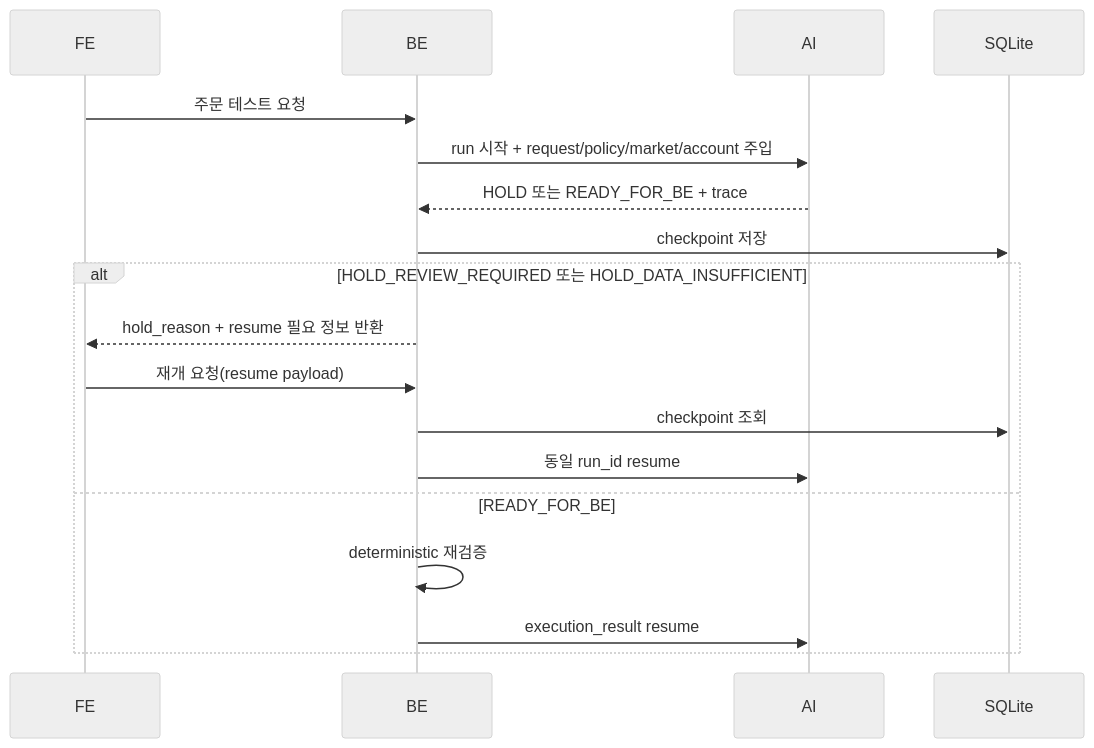
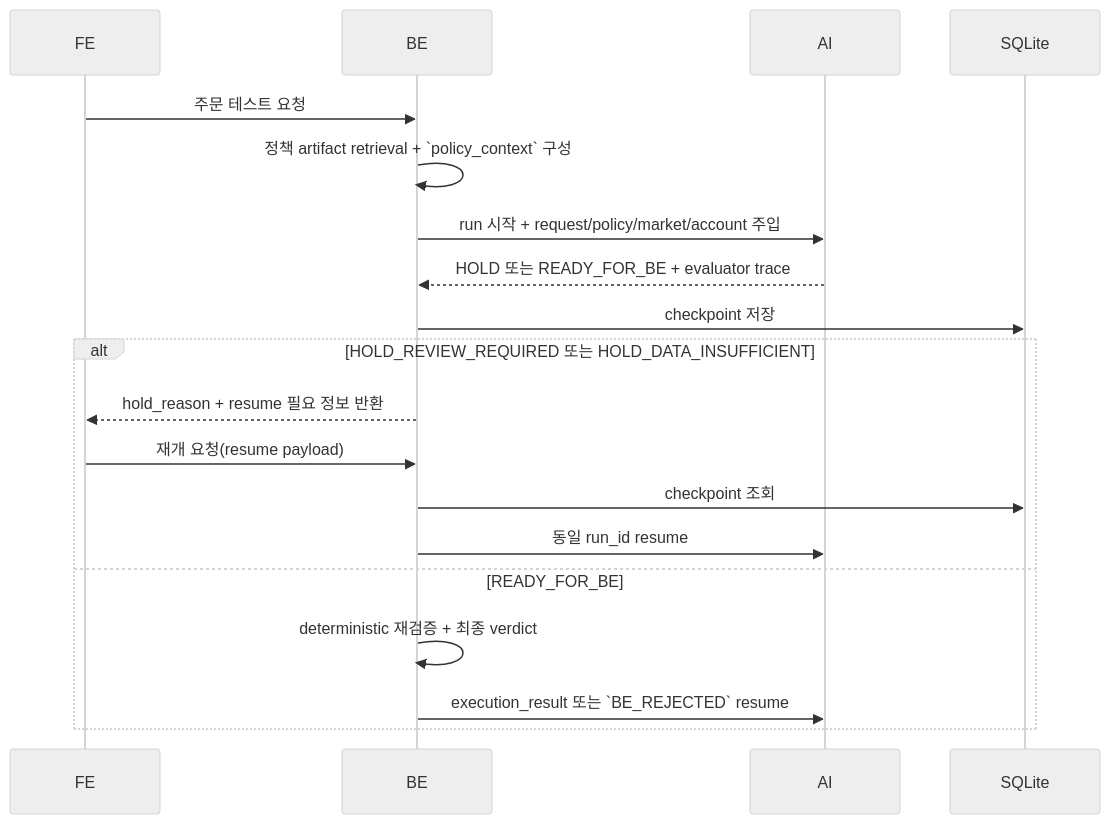
Before and after one commit to UpstageAI/sw-maestro-project: the fifth of 5 diagrams in ARCHITECTURE.md, drawn with Mermaid (neutral theme). The commit also changed other lines of this file and 8 other files, not shown here.

````diff
--- a/ARCHITECTURE.md
+++ b/ARCHITECTURE.md
@@ -136,21 +150,22 @@
 ```mermaid
 sequenceDiagram
     participant F as FE
     participant B as BE
     participant A as AI
     participant D as SQLite
 
     F->>B: 주문 테스트 요청
+    B->>B: 정책 artifact retrieval + `policy_context` 구성
     B->>A: run 시작 + request/policy/market/account 주입
-    A-->>B: HOLD 또는 READY_FOR_BE + trace
+    A-->>B: HOLD 또는 READY_FOR_BE + evaluator trace
     B->>D: checkpoint 저장
     alt HOLD_REVIEW_REQUIRED 또는 HOLD_DATA_INSUFFICIENT
         B-->>F: hold_reason + resume 필요 정보 반환
         F->>B: 재개 요청(resume payload)
         B->>D: checkpoint 조회
         B->>A: 동일 run_id resume
     else READY_FOR_BE
-        B->>B: deterministic 재검증
-        B->>A: execution_result resume
+        B->>B: deterministic 재검증 + 최종 verdict
+        B->>A: execution_result 또는 `BE_REJECTED` resume
     end
 ```
````
